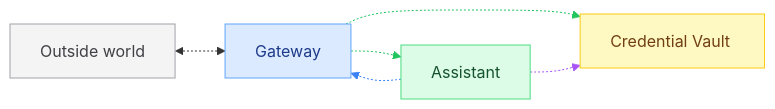
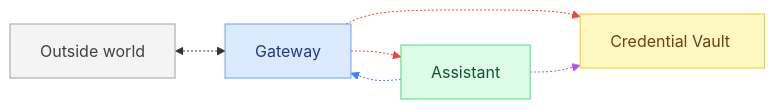
The second of 3 diagrams in clients/docs/src/content/architecture.md (vargasjr-dev/mycadet-temp), drawn with Mermaid before and after one commit. The commit also changed other lines of this file and 4 other files, not shown here.

First line of the commit message:
Finish the Gateway Scheduler: the diagram TODOs, bound shutdown tasks, and a test for the sweep

````diff
--- a/clients/docs/src/content/architecture.md
+++ b/clients/docs/src/content/architecture.md
@@ -52,22 +51,22 @@
 ```mermaid
 flowchart LR
   classDef world fill:#f4f4f5,stroke:#a1a1aa,color:#3f3f46
   classDef gateway fill:#dbeafe,stroke:#60a5fa,color:#1e3a8a
   classDef assistant fill:#dcfce7,stroke:#4ade80,color:#14532d
   classDef vault fill:#fef9c3,stroke:#facc15,color:#713f12
 
   World["Outside world"]:::world
   Gateway["Gateway"]:::gateway
   Assistant["Assistant"]:::assistant
   CES["Credential Vault&nbsp;"]:::vault
 
   World <-.-> Gateway
   Gateway -.-> Assistant
   Assistant -.-> Gateway
   Gateway -.-> CES
   Assistant -.-> CES
-  linkStyle 1 stroke:#22c55e
+  linkStyle 1 stroke:#ef4444
   linkStyle 2 stroke:#3b82f6
-  linkStyle 3 stroke:#22c55e
+  linkStyle 3 stroke:#ef4444
   linkStyle 4 stroke:#a855f7
 ```
````
